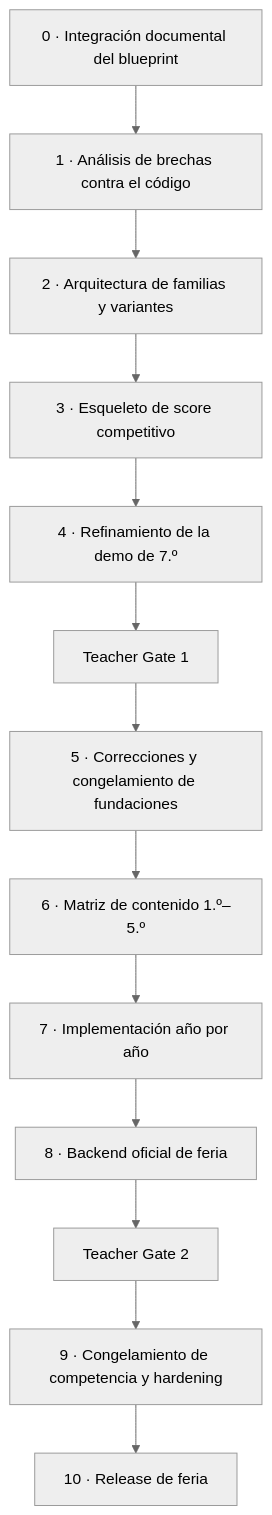
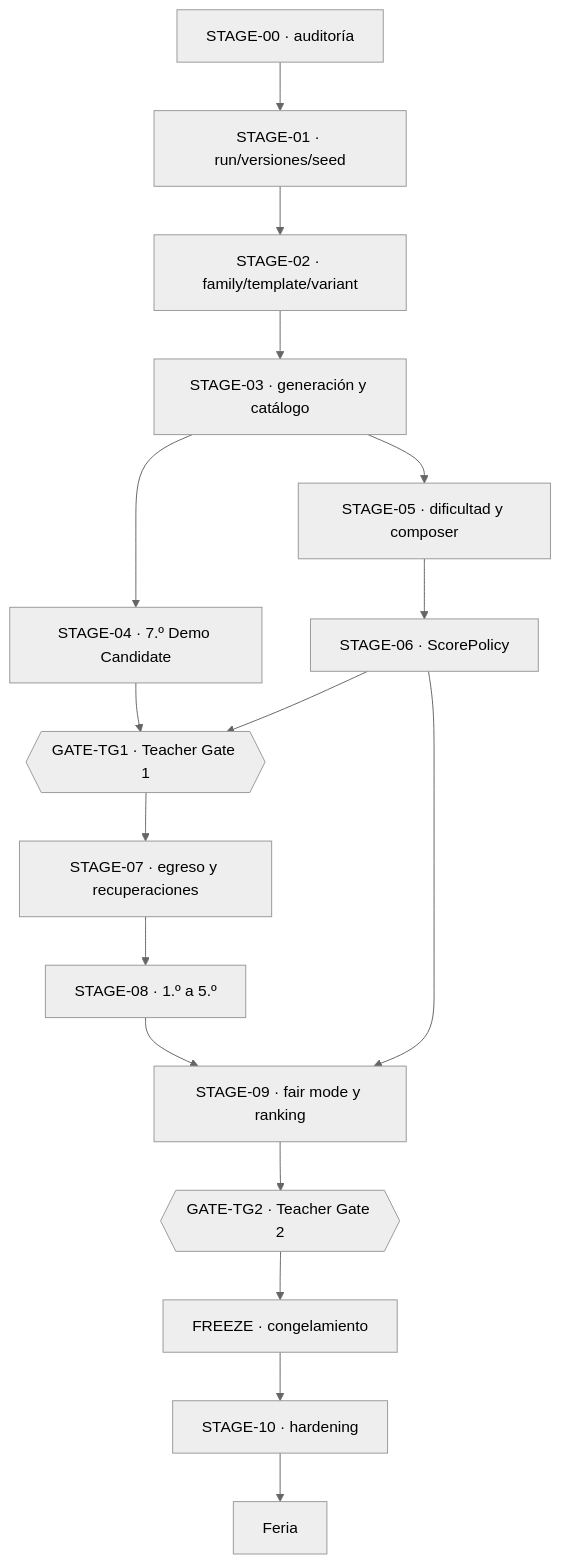
The diagram in docs/06-delivery/implementation-sequence.md (gastong256/mono256_egresado-game), drawn with Mermaid (neutral theme) before and after one commit. The commit also changed other lines of this file and 10 other files, not shown here.

Commit message:
docs: add roadmap

````diff
--- a/docs/06-delivery/implementation-sequence.md
+++ b/docs/06-delivery/implementation-sequence.md
@@ -11,15 +71,19 @@
 ```mermaid
 flowchart TD
-    D0[0 · Integración documental del blueprint] --> D1[1 · Análisis de brechas contra el código]
-    D1 --> D2[2 · Arquitectura de familias y variantes]
-    D2 --> D3[3 · Esqueleto de score competitivo]
-    D3 --> D4[4 · Refinamiento de la demo de 7.º]
-    D4 --> G1[Teacher Gate 1]
-    G1 --> D5[5 · Correcciones y congelamiento de fundaciones]
-    D5 --> D6[6 · Matriz de contenido 1.º–5.º]
-    D6 --> D7[7 · Implementación año por año]
-    D7 --> D8[8 · Backend oficial de feria]
-    D8 --> G2[Teacher Gate 2]
-    G2 --> D9[9 · Congelamiento de competencia y hardening]
-    D9 --> D10[10 · Release de feria]
+    S0[STAGE-00 · auditoría] --> S1[STAGE-01 · run/versiones/seed]
+    S1 --> S2[STAGE-02 · family/template/variant]
+    S2 --> S3[STAGE-03 · generación y catálogo]
+    S3 --> S4[STAGE-04 · 7.º Demo Candidate]
+    S3 --> S5[STAGE-05 · dificultad y composer]
+    S5 --> S6[STAGE-06 · ScorePolicy]
+    S4 --> TG1{{GATE-TG1 · Teacher Gate 1}}
+    S6 --> TG1
+    TG1 --> S7[STAGE-07 · egreso y recuperaciones]
+    S7 --> S8[STAGE-08 · 1.º a 5.º]
+    S6 --> S9[STAGE-09 · fair mode y ranking]
+    S8 --> S9
+    S9 --> TG2{{GATE-TG2 · Teacher Gate 2}}
+    TG2 --> FZ[FREEZE · congelamiento]
+    FZ --> S10[STAGE-10 · hardening]
+    S10 --> RL[Feria]
 ```
````
